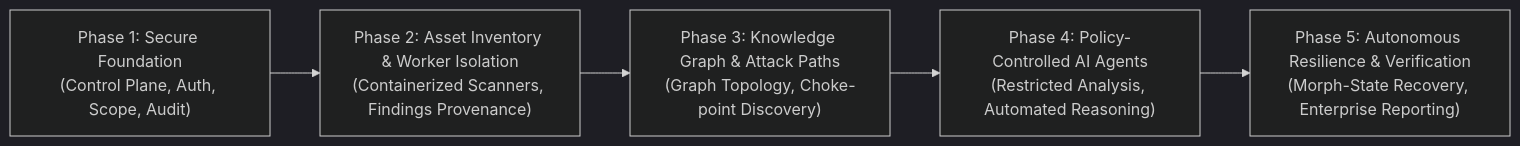
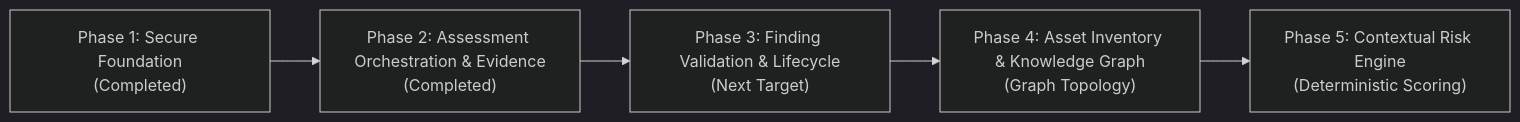
Before and after one commit to darkboyO7/sec_sys: the diagram in docs/ROADMAP.md, drawn with Mermaid (dark theme). The commit also changed other lines of this file and 23 other files, not shown here.

Commit message:
feat(assessments): Phase 2 assessment orchestration, state machine, local fixture adapter, findings & evidence provenance, and UI

````diff
--- a/docs/ROADMAP.md
+++ b/docs/ROADMAP.md
@@ -7,7 +7,7 @@
 ```mermaid
 flowchart LR
-    P1["Phase 1: Secure Foundation\n(Control Plane, Auth, Scope, Audit)"] --> P2["Phase 2: Asset Inventory & Worker Isolation\n(Containerized Scanners, Findings Provenance)"]
-    P2 --> P3["Phase 3: Knowledge Graph & Attack Paths\n(Graph Topology, Choke-point Discovery)"]
-    P3 --> P4["Phase 4: Policy-Controlled AI Agents\n(Restricted Analysis, Automated Reasoning)"]
-    P4 --> P5["Phase 5: Autonomous Resilience & Verification\n(Morph-State Recovery, Enterprise Reporting)"]
+    P1["Phase 1: Secure Foundation\n(Completed)"] --> P2["Phase 2: Assessment Orchestration & Evidence\n(Completed)"]
+    P2 --> P3["Phase 3: Finding Validation & Lifecycle\n(Next Target)"]
+    P3 --> P4["Phase 4: Asset Inventory & Knowledge Graph\n(Graph Topology)"]
+    P4 --> P5["Phase 5: Contextual Risk Engine\n(Deterministic Scoring)"]
 ```
````
